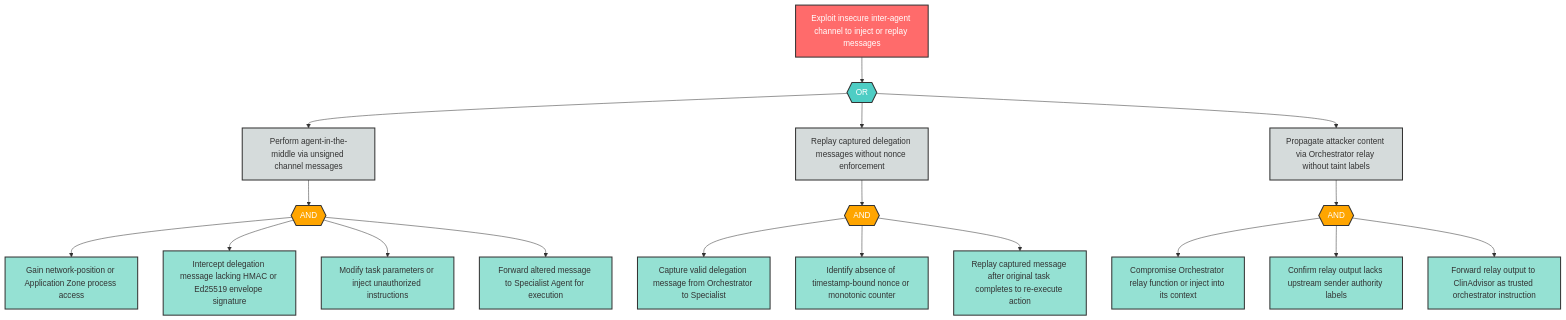
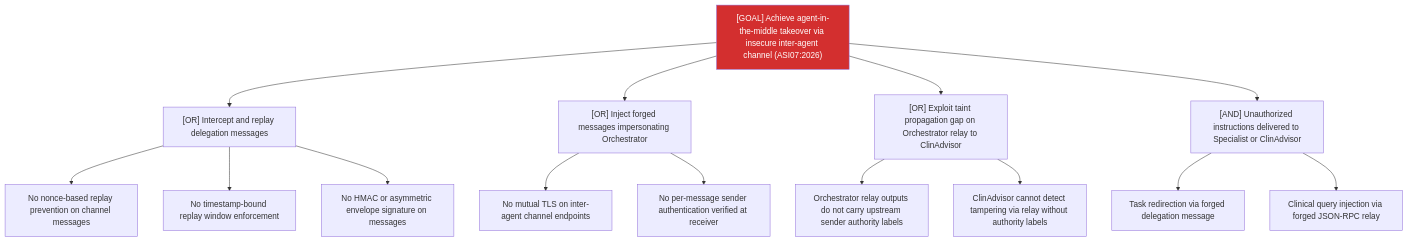
One commit to q-qp-p/davidmatousek-tachi changed the diagram in examples/agentic-app/sample-report/attack-trees/ag-8-attack-tree.md. Above: the diagram before and after it, drawn with Mermaid. The commit also changed other lines of this file and 132 other files, not shown here.

````diff
--- a/examples/agentic-app/sample-report/attack-trees/ag-8-attack-tree.md
+++ b/examples/agentic-app/sample-report/attack-trees/ag-8-attack-tree.md
@@ -9,51 +7,19 @@
 ```mermaid
-flowchart TD
-    AG8_root["Exploit insecure inter-agent channel to inject or replay messages"]
-    AG8_or1{{"OR"}}
-    AG8_sub1["Perform agent-in-the-middle via unsigned channel messages"]
-    AG8_sub2["Replay captured delegation messages without nonce enforcement"]
-    AG8_sub3["Propagate attacker content via Orchestrator relay without taint labels"]
-    AG8_and1{{"AND"}}
-    AG8_leaf1["Gain network-position or Application Zone process access"]
-    AG8_leaf2["Intercept delegation message lacking HMAC or Ed25519 envelope signature"]
-    AG8_leaf3["Modify task parameters or inject unauthorized instructions"]
-    AG8_leaf4["Forward altered message to Specialist Agent for execution"]
-    AG8_and2{{"AND"}}
-    AG8_leaf5["Capture valid delegation message from Orchestrator to Specialist"]
-    AG8_leaf6["Identify absence of timestamp-bound nonce or monotonic counter"]
-    AG8_leaf7["Replay captured message after original task completes to re-execute action"]
-    AG8_and3{{"AND"}}
-    AG8_leaf8["Compromise Orchestrator relay function or inject into its context"]
-    AG8_leaf9["Confirm relay output lacks upstream sender authority labels"]
-    AG8_leaf10["Forward relay output to ClinAdvisor as trusted orchestrator instruction"]
-
-    AG8_root --> AG8_or1
-    AG8_or1 --> AG8_sub1
-    AG8_or1 --> AG8_sub2
-    AG8_or1 --> AG8_sub3
-    AG8_sub1 --> AG8_and1
-    AG8_and1 --> AG8_leaf1
-    AG8_and1 --> AG8_leaf2
-    AG8_and1 --> AG8_leaf3
-    AG8_and1 --> AG8_leaf4
-    AG8_sub2 --> AG8_and2
-    AG8_and2 --> AG8_leaf5
-    AG8_and2 --> AG8_leaf6
-    AG8_and2 --> AG8_leaf7
-    AG8_sub3 --> AG8_and3
-    AG8_and3 --> AG8_leaf8
-    AG8_and3 --> AG8_leaf9
-    AG8_and3 --> AG8_leaf10
-
-    classDef goal fill:#ff6b6b,stroke:#333,stroke-width:2px,color:#fff
-    classDef andGate fill:#ffa500,stroke:#333,stroke-width:2px,color:#fff
-    classDef orGate fill:#4ecdc4,stroke:#333,stroke-width:2px,color:#fff
-    classDef subGoal fill:#d5dbdb,stroke:#333,stroke-width:2px,color:#333
-    classDef leaf fill:#95e1d3,stroke:#333,stroke-width:2px,color:#333
-
-    class AG8_root goal
-    class AG8_or1 orGate
-    class AG8_and1,AG8_and2,AG8_and3 andGate
-    class AG8_sub1,AG8_sub2,AG8_sub3 subGoal
-    class AG8_leaf1,AG8_leaf2,AG8_leaf3,AG8_leaf4,AG8_leaf5,AG8_leaf6,AG8_leaf7,AG8_leaf8,AG8_leaf9,AG8_leaf10 leaf
+graph TD
+    Goal["[GOAL] Achieve agent-in-the-middle takeover via insecure inter-agent channel (ASI07:2026)"]
+    Goal --> A["[OR] Intercept and replay delegation messages"]
+    A --> A1["No nonce-based replay prevention on channel messages"]
+    A --> A2["No timestamp-bound replay window enforcement"]
+    A --> A3["No HMAC or asymmetric envelope signature on messages"]
+    Goal --> B["[OR] Inject forged messages impersonating Orchestrator"]
+    B --> B1["No mutual TLS on inter-agent channel endpoints"]
+    B --> B2["No per-message sender authentication verified at receiver"]
+    Goal --> C["[OR] Exploit taint propagation gap on Orchestrator relay to ClinAdvisor"]
+    C --> C1["Orchestrator relay outputs do not carry upstream sender authority labels"]
+    C --> C2["ClinAdvisor cannot detect tampering via relay without authority labels"]
+    Goal --> D["[AND] Unauthorized instructions delivered to Specialist or ClinAdvisor"]
+    D --> D1["Task redirection via forged delegation message"]
+    D --> D2["Clinical query injection via forged JSON-RPC relay"]
+    classDef critical fill:#d32f2f,color:#fff
+    class Goal critical
 ```
````
